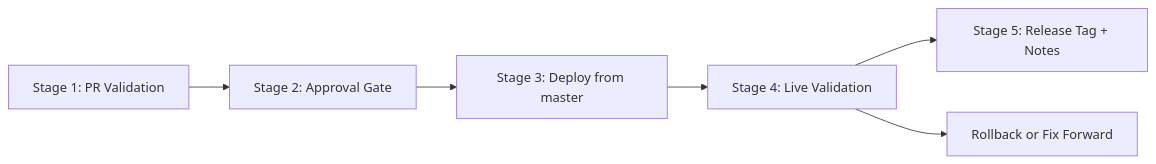
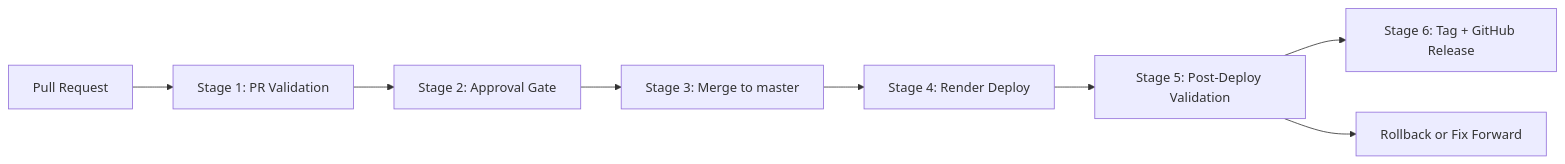
Before and after one commit to suryasomasundar/zip-procurement-quality-gates: the diagram in docs/process.md, drawn with Mermaid. The commit also changed other lines of this file and 6 other files, not shown here.

````diff
--- a/docs/process.md
+++ b/docs/process.md
@@ -134,8 +229,10 @@
 ```mermaid
 flowchart LR
-  A["Stage 1: PR Validation"] --> B["Stage 2: Approval Gate"]
-  B --> C["Stage 3: Deploy from master"]
-  C --> D["Stage 4: Live Validation"]
-  D --> E["Stage 5: Release Tag + Notes"]
-  D --> F["Rollback or Fix Forward"]
+  A["Pull Request"] --> B["Stage 1: PR Validation"]
+  B --> C["Stage 2: Approval Gate"]
+  C --> D["Stage 3: Merge to master"]
+  D --> E["Stage 4: Render Deploy"]
+  E --> F["Stage 5: Post-Deploy Validation"]
+  F --> G["Stage 6: Tag + GitHub Release"]
+  F --> H["Rollback or Fix Forward"]
 ```
````
